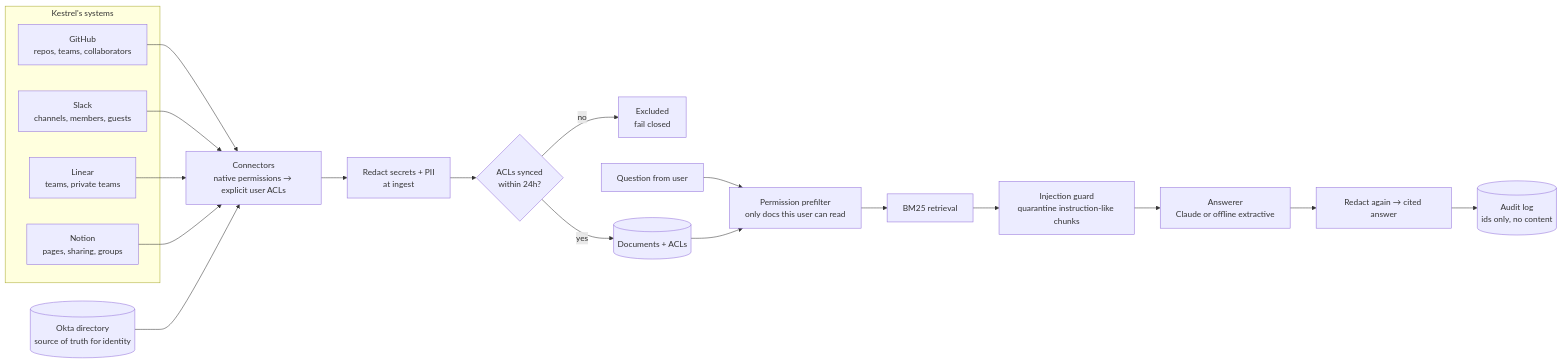
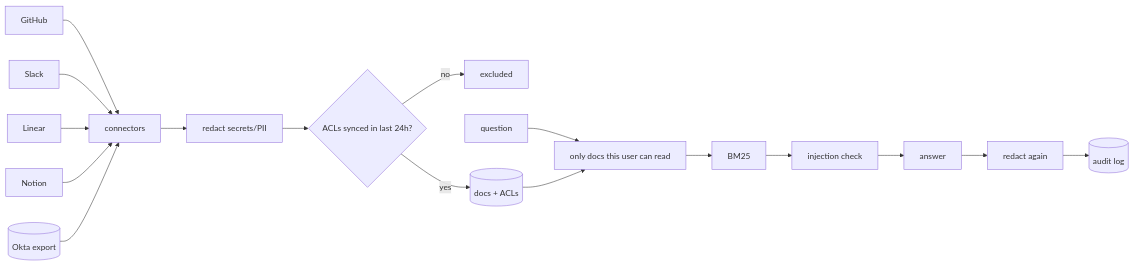
Before and after one commit to tiwaker9404/pilotkit: the diagram in docs/engagement/02-solution-design.md, drawn with Mermaid. The commit also changed other lines of this file and 31 other files, not shown here.

````diff
--- a/docs/engagement/02-solution-design.md
+++ b/docs/engagement/02-solution-design.md
@@ -5,25 +3,11 @@
 ```mermaid
 flowchart LR
-    subgraph Sources["Kestrel's systems"]
-        GH[GitHub<br/>repos, teams, collaborators]
-        SL[Slack<br/>channels, members, guests]
-        LI[Linear<br/>teams, private teams]
-        NO[Notion<br/>pages, sharing, groups]
-    end
-    IDP[(Okta directory<br/>source of truth for identity)]
-
-    GH & SL & LI & NO --> NORM[Connectors<br/>native permissions → explicit user ACLs]
-    IDP --> NORM
-    NORM --> RED[Redact secrets + PII<br/>at ingest]
-    RED --> FRESH{ACLs synced<br/>within 24h?}
-    FRESH -- no --> DROP[Excluded<br/>fail closed]
-    FRESH -- yes --> STORE[(Documents + ACLs)]
-
-    Q[Question from user] --> FILTER[Permission prefilter<br/>only docs this user can read]
-    STORE --> FILTER
-    FILTER --> RET[BM25 retrieval]
-    RET --> GUARD[Injection guard<br/>quarantine instruction-like chunks]
-    GUARD --> ANS[Answerer<br/>Claude or offline extractive]
-    ANS --> OUT[Redact again → cited answer]
-    OUT --> AUDIT[(Audit log<br/>ids only, no content)]
+    GH[GitHub] & SL[Slack] & LI[Linear] & NO[Notion] --> NORM[connectors]
+    IDP[(Okta export)] --> NORM
+    NORM --> RED[redact secrets/PII]
+    RED --> FRESH{ACLs synced in last 24h?}
+    FRESH -- no --> DROP[excluded]
+    FRESH -- yes --> STORE[(docs + ACLs)]
+    Q[question] --> FILTER[only docs this user can read]
+    STORE --> FILTER --> RET[BM25] --> GUARD[injection check] --> ANS[answer] --> OUT[redact again] --> AUDIT[(audit log)]
 ```
````
